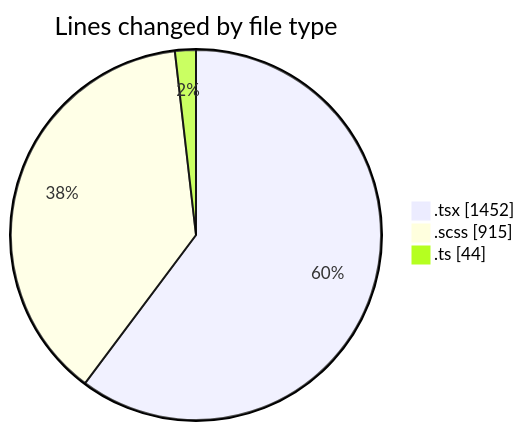
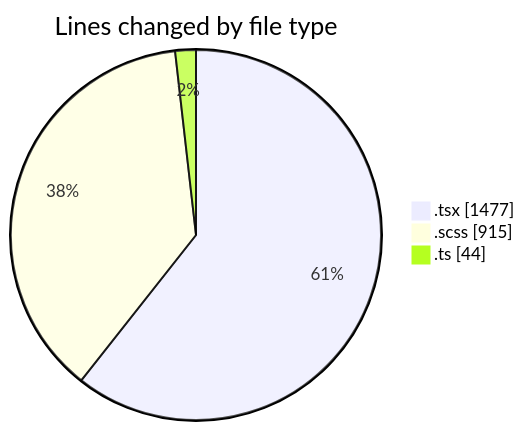
Before and after one commit to momahboobian/code-tracking: the first of 2 diagrams in 2025-03-27/cda/README.md, drawn with Mermaid. The commit also changed other lines of this file and 1 other file, not shown here.

````diff
--- a/2025-03-27/cda/README.md
+++ b/2025-03-27/cda/README.md
@@ -29,7 +29,7 @@
 ```mermaid
 pie showData
 title Lines changed by file type
-".tsx" : 1452
+".tsx" : 1477
 ".scss" : 915
 ".ts" : 44
 ```
````
